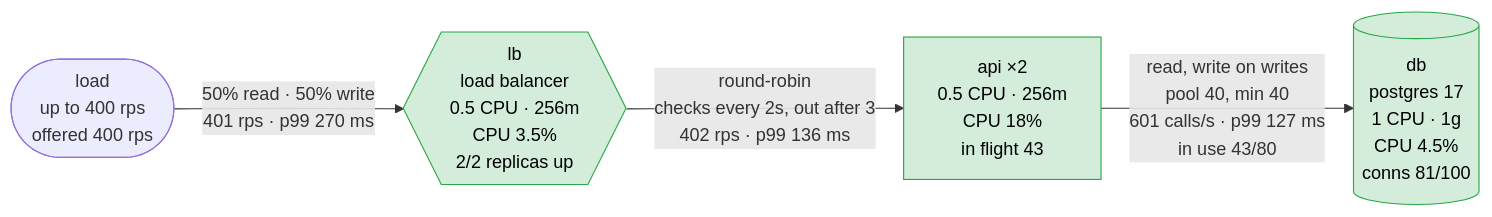
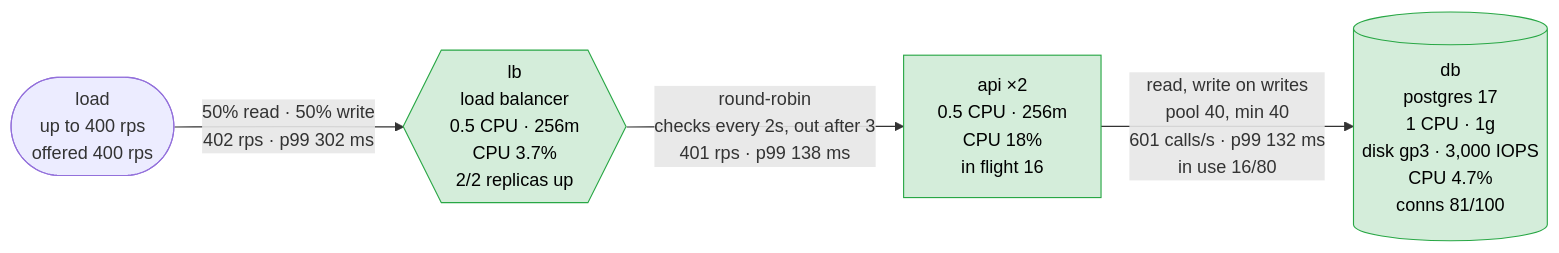
The first of 5 diagrams in scenarios/slow-disk/solutions/more-connections/report.md (akinfemi/load-lore), drawn with Mermaid before and after one commit. The commit also changed other lines of this file and 125 other files, not shown here.

````diff
--- a/scenarios/slow-disk/solutions/more-connections/report.md
+++ b/scenarios/slow-disk/solutions/more-connections/report.md
@@ -15,14 +15,14 @@
 ```mermaid
 flowchart LR
     load(["load<br/>up to 400 rps<br/>offered 400 rps"])
-    lb{{"lb<br/>load balancer<br/>0.5 CPU · 256m<br/>CPU 3.5%<br/>2/2 replicas up"}}
-    api["api ×2<br/>0.5 CPU · 256m<br/>CPU 18%<br/>in flight 43"]
-    db[("db<br/>postgres 17<br/>1 CPU · 1g<br/>CPU 4.5%<br/>conns 81/100")]
-    load -->|"50% read · 50% write<br/>401 rps · p99 270 ms"| lb
-    lb -->|"round-robin<br/>checks every 2s, out after 3<br/>402 rps · p99 136 ms"| api
-    api -->|"read, write on writes<br/>pool 40, min 40<br/>601 calls/s · p99 127 ms<br/>in use 43/80"| db
+    lb{{"lb<br/>load balancer<br/>0.5 CPU · 256m<br/>CPU 3.7%<br/>2/2 replicas up"}}
+    api["api ×2<br/>0.5 CPU · 256m<br/>CPU 18%<br/>in flight 16"]
+    db[("db<br/>postgres 17<br/>1 CPU · 1g<br/>disk gp3 · 3,000 IOPS<br/>CPU 4.7%<br/>conns 81/100")]
+    load -->|"50% read · 50% write<br/>402 rps · p99 302 ms"| lb
+    lb -->|"round-robin<br/>checks every 2s, out after 3<br/>401 rps · p99 138 ms"| api
+    api -->|"read, write on writes<br/>pool 40, min 40<br/>601 calls/s · p99 132 ms<br/>in use 16/80"| db
     classDef ok fill:#d4edda,stroke:#28a745,color:#000
     classDef warm fill:#fff3cd,stroke:#d39e00,color:#000
     classDef hot fill:#f8d7da,stroke:#dc3545,color:#000
     class lb,api,db ok
 ```
````
